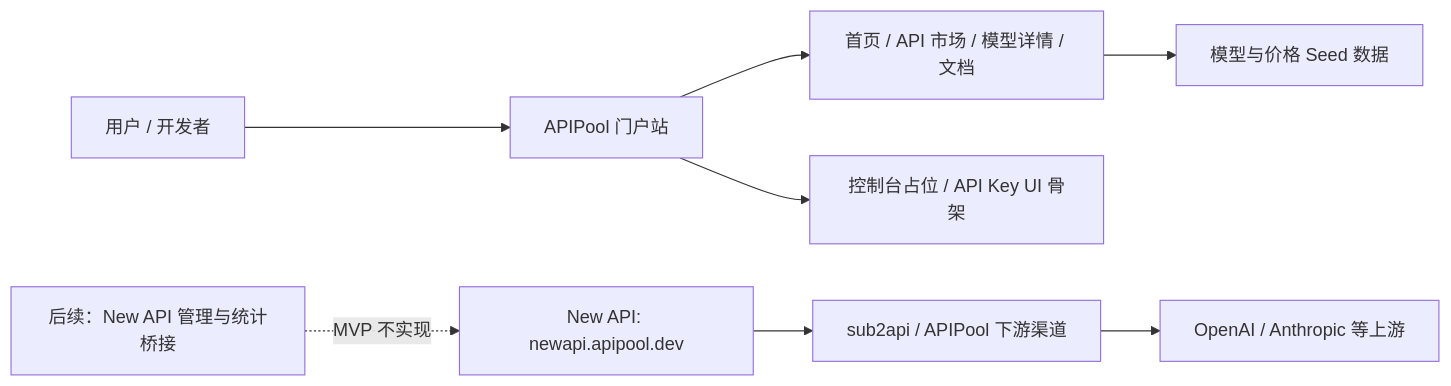
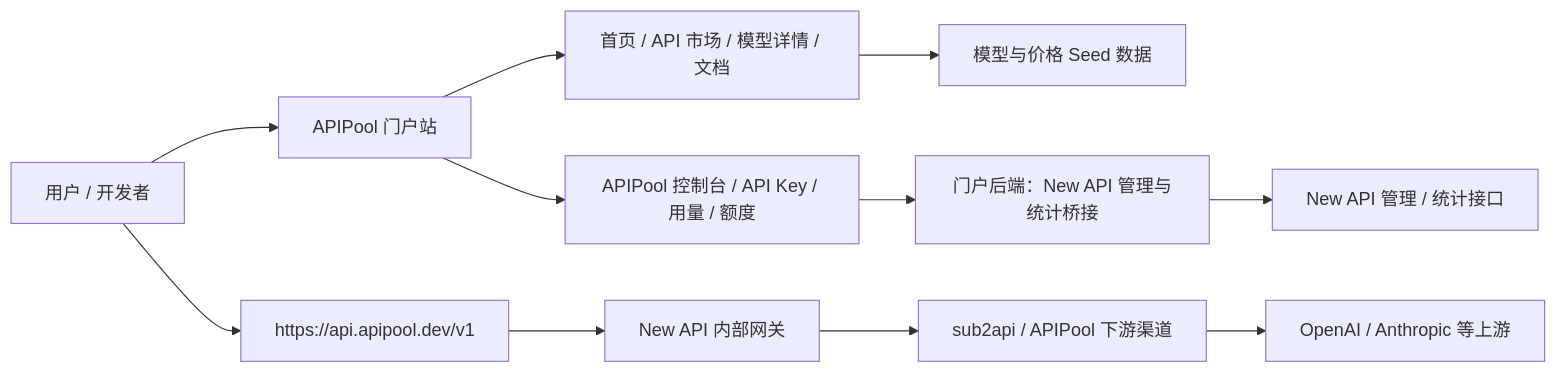
One commit to AFreeCoder/apipool-v2 changed the diagram in docs/superpowers/specs/2026-05-16-apipool-v2-mvp-launch-design.md. Above: the diagram before and after it, drawn with Mermaid. The commit also changed other lines of this file and 2 other files, not shown here.

Commit message:
docs: make New API integration part of v1

````diff
--- a/docs/superpowers/specs/2026-05-16-apipool-v2-mvp-launch-design.md
+++ b/docs/superpowers/specs/2026-05-16-apipool-v2-mvp-launch-design.md
@@ -83,10 +86,13 @@
 ```mermaid
 flowchart LR
   User["用户 / 开发者"] --> Portal["APIPool 门户站"]
   Portal --> Pages["首页 / API 市场 / 模型详情 / 文档"]
-  Portal --> MockConsole["控制台占位 / API Key UI 骨架"]
+  Portal --> Console["APIPool 控制台 / API Key / 用量 / 额度"]
   Pages --> Seed["模型与价格 Seed 数据"]
-  FutureBridge["后续：New API 管理与统计桥接"] -. "MVP 不实现" .-> NewAPI["New API: newapi.apipool.dev"]
+  Console --> Bridge["门户后端：New API 管理与统计桥接"]
+  Bridge --> NewAPIAdmin["New API 管理 / 统计接口"]
+  User --> PublicAPI["https://api.apipool.dev/v1"]
+  PublicAPI --> NewAPI["New API 内部网关"]
   NewAPI --> Sub2API["sub2api / APIPool 下游渠道"]
   Sub2API --> Providers["OpenAI / Anthropic 等上游"]
 ```
````
